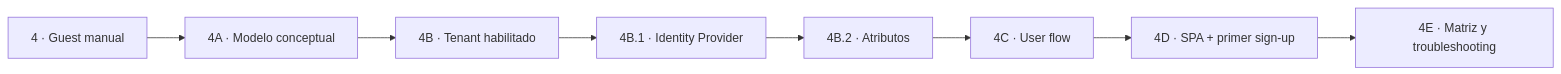
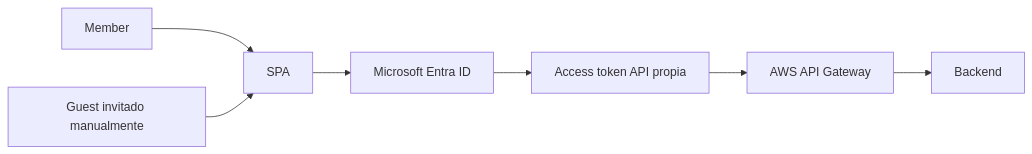
One commit to cmartinezs/DSY1107-DESARROLLO-CLOUD-NATIVE-I-2026-2 changed the second of 3 diagrams in docs/identity/entra-guia-completa/README.md. Above: the diagram before and after it, drawn with Mermaid. The commit also changed other lines of this file, not shown here.

Commit message:
docs(identity): move self-service extension after base flow

````diff
--- a/docs/identity/entra-guia-completa/README.md
+++ b/docs/identity/entra-guia-completa/README.md
@@ -74,10 +52,9 @@
 ```mermaid
 flowchart LR
-    M[4 · Guest manual] --> C[4A · Modelo conceptual]
-    C --> T[4B · Tenant habilitado]
-    T --> I[4B.1 · Identity Provider]
-    I --> A[4B.2 · Atributos]
-    A --> U[4C · User flow]
-    U --> S[4D · SPA + primer sign-up]
-    S --> Q[4E · Matriz y troubleshooting]
+    M[Member] --> SPA[SPA]
+    G[Guest invitado manualmente] --> SPA
+    SPA --> ENTRA[Microsoft Entra ID]
+    ENTRA --> TOKEN[Access token API propia]
+    TOKEN --> GW[AWS API Gateway]
+    GW --> API[Backend]
 ```
````
